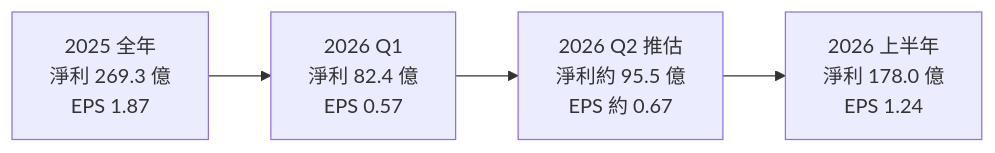
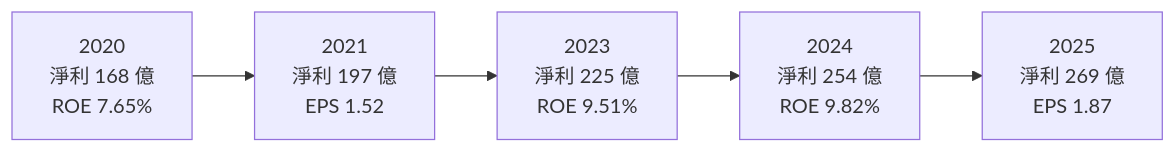
The third of 4 diagrams in 個股/台股/2892第一金.md (wangnick1004/taiwan-stock-vault), drawn with Mermaid before and after one commit. The commit also changed other lines of this file and 7 other files, not shown here.

````diff
--- a/個股/台股/2892第一金.md
+++ b/個股/台股/2892第一金.md
@@ -138,4 +143,4 @@
 ```mermaid
 flowchart LR
-    Y["2025 全年<br/>淨利 269.3 億<br/>EPS 1.87"] --> Q1["2026 Q1<br/>淨利 82.4 億<br/>EPS 0.57"] --> Q2["2026 Q2 推估<br/>淨利約 95.5 億<br/>EPS 約 0.67"] --> H1["2026 上半年<br/>淨利 178.0 億<br/>EPS 1.24"]
+    Y20["2020<br/>淨利 168 億<br/>ROE 7.65%"] --> Y21["2021<br/>淨利 197 億<br/>EPS 1.52"] --> Y23["2023<br/>淨利 225 億<br/>ROE 9.51%"] --> Y24["2024<br/>淨利 254 億<br/>ROE 9.82%"] --> Y25["2025<br/>淨利 269 億<br/>EPS 1.87"]
 ```
````
